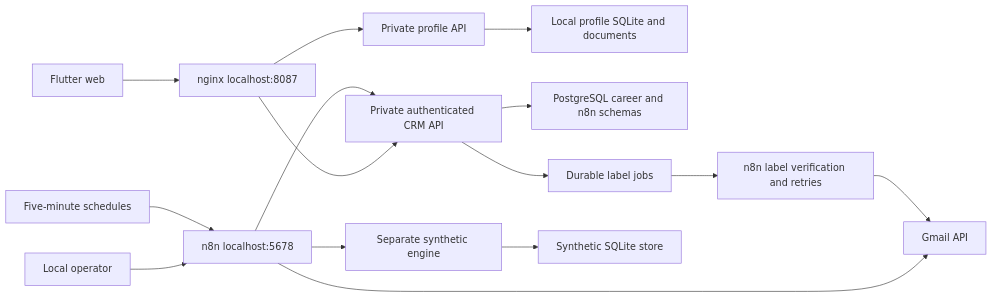
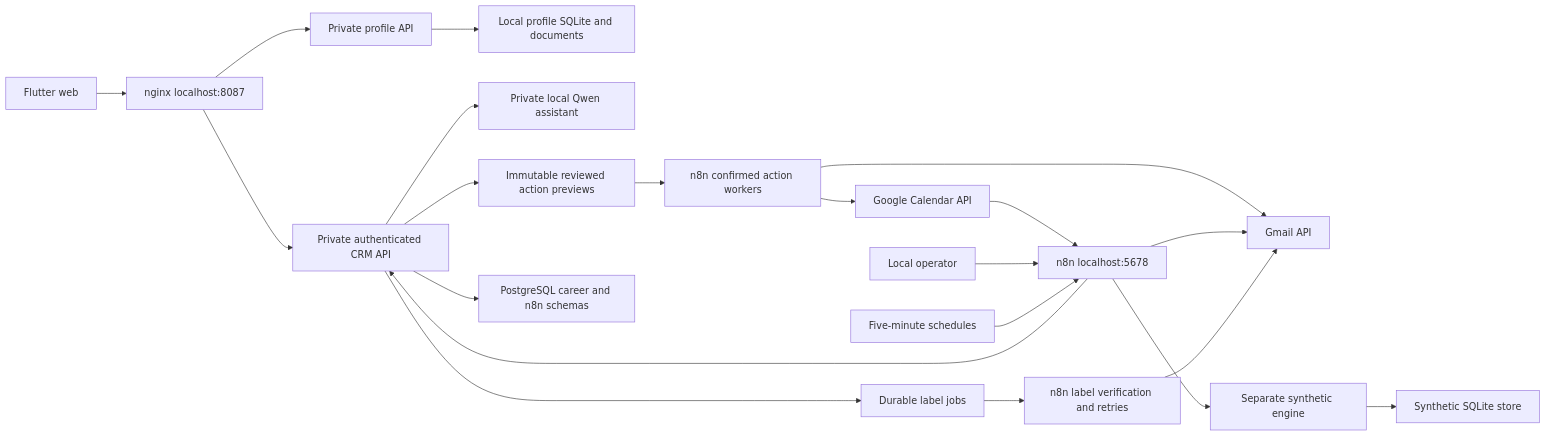
The diagram in projects/07-automated-career-opportunity-manager/diagrams/architecture.md (JaiReyes45/AI-Automation-BasicProjects), drawn with Mermaid before and after one commit. The commit also changed other lines of this file and 48 other files, not shown here.

Commit message:
Redesign CareerFlow journey and add calendar with local assistant

````diff
--- a/projects/07-automated-career-opportunity-manager/diagrams/architecture.md
+++ b/projects/07-automated-career-opportunity-manager/diagrams/architecture.md
@@ -3,17 +3,23 @@
 ```mermaid
 flowchart LR
   Browser[Flutter web] --> Web[nginx localhost:8087]
   Web --> CRM[Private authenticated CRM API]
   Web --> Profile[Private profile API]
   Profile --> Folder[Local profile SQLite and documents]
+  CRM --> Ollama[Private local Qwen assistant]
+  CRM --> Preview[Immutable reviewed action previews]
+  Preview --> Workers[n8n confirmed action workers]
+  Workers --> Gmail
+  Workers --> Calendar[Google Calendar API]
+  Calendar --> N8N
   CRM --> Postgres[PostgreSQL career and n8n schemas]
   Operator[Local operator] --> N8N[n8n localhost:5678]
   Schedule[Five-minute schedules] --> N8N
   N8N --> Gmail[Gmail API]
   N8N --> CRM
   CRM --> Outbox[Durable label jobs]
   Outbox --> Reconcile[n8n label verification and retries]
   Reconcile --> Gmail
   N8N --> Engine[Separate synthetic engine]
   Engine --> SQLite[Synthetic SQLite store]
 ```
````
